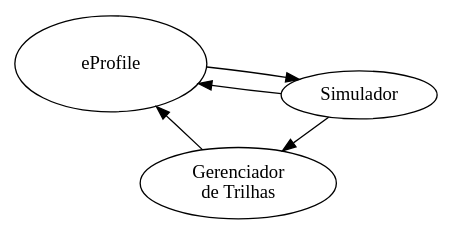
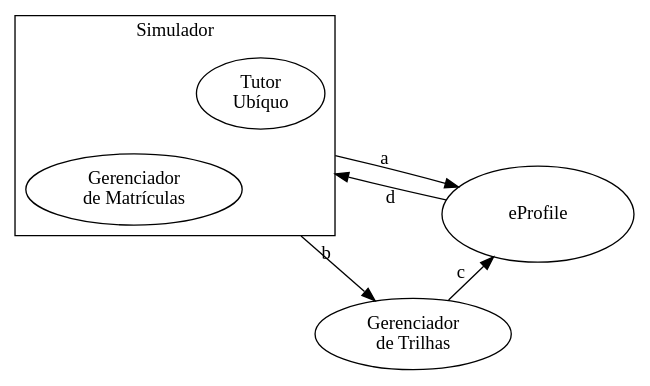
One commit to andrenho/andrenho changed the diagram in academia/dissertacao/graficos/simulador.dot. Above: the diagram before and after it, drawn with Graphviz. The commit also changed 2 other files, not shown here.

```diff
--- a/academia/dissertacao/graficos/simulador.dot
+++ b/academia/dissertacao/graficos/simulador.dot
@@ -1,17 +1,23 @@
 digraph modelo2 {
 
   layout = fdp;
   sep = 0.4;
   eProfile [width=2,height=1];
 
-  "Simulador" -> "Gerenciador\nde Trilhas";
-  "Simulador" -> eProfile;
-  eProfile -> "Simulador";
-  "Gerenciador\nde Trilhas" -> eProfile;
+  subgraph cluster_0 {
+    label = "Simulador";
+    "Gerenciador\nde Matrículas";
+    "Tutor\nUbíquo";
+  }
+
+  cluster_0 -> "Gerenciador\nde Trilhas"  [label="b"];
+  cluster_0 -> eProfile [label="a"];
+  eProfile -> cluster_0 [label="d"];
+  "Gerenciador\nde Trilhas" -> eProfile [label="c"];
 
   fontsize = 12;
   fontname = "Georgia";
 
   rankdir = LR;
 
 }
```
